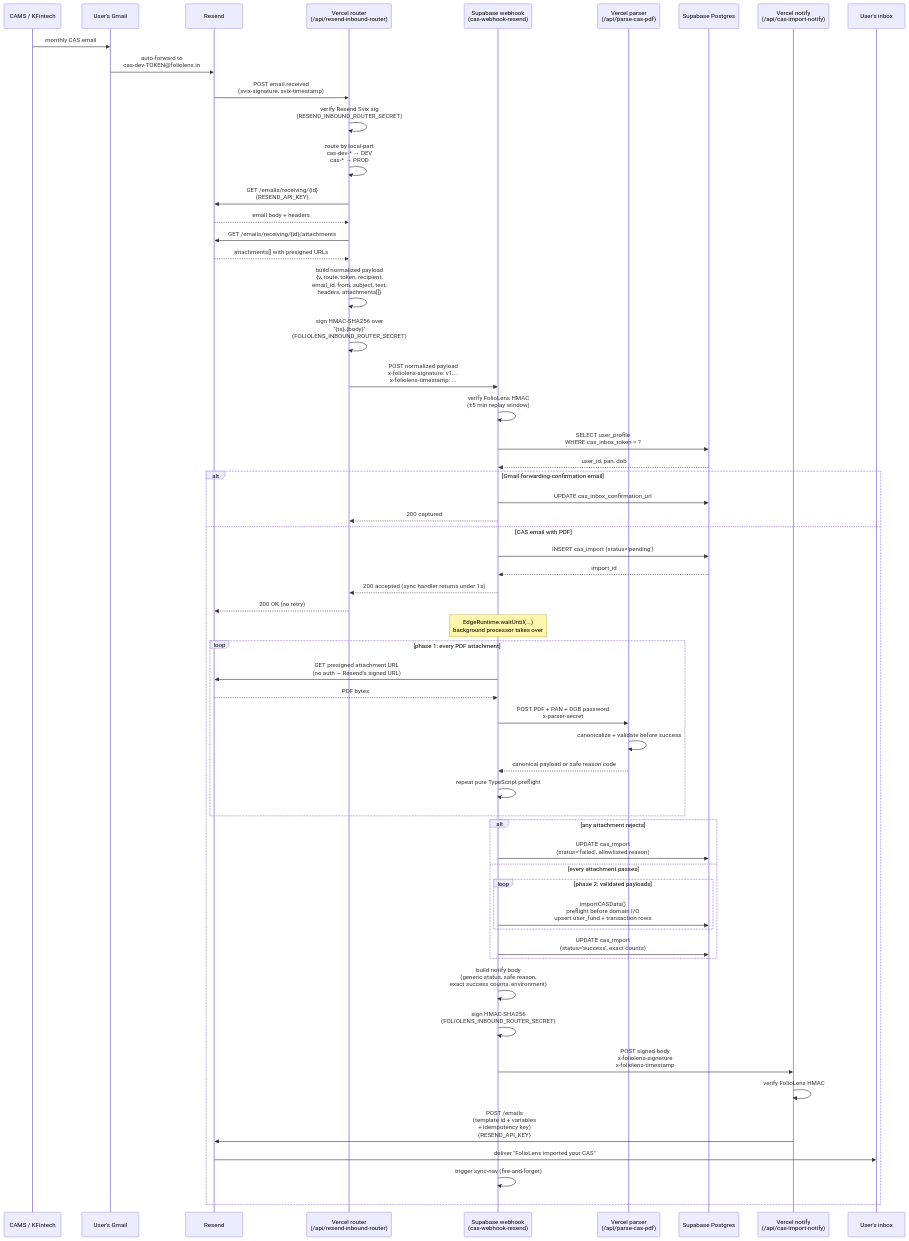
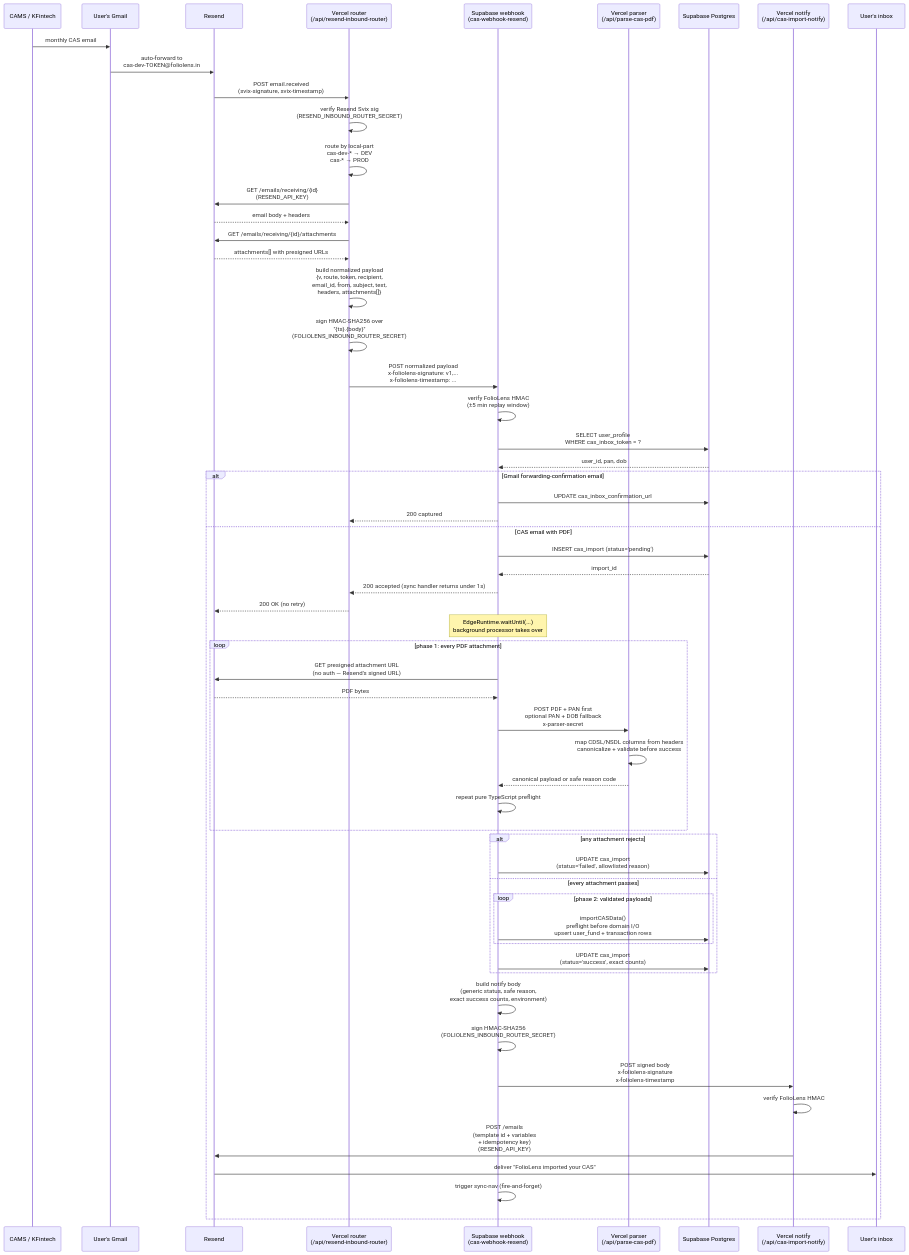
One commit to himanshu4141/FolioLens changed the second of 2 diagrams in docs/architecture/cas-inbound-flow.md. Above: the diagram before and after it, drawn with Mermaid. The commit also changed other lines of this file and 21 other files, not shown here.

````diff
--- a/docs/architecture/cas-inbound-flow.md
+++ b/docs/architecture/cas-inbound-flow.md
@@ -58,69 +58,69 @@
 ```mermaid
 sequenceDiagram
   participant CAMS as CAMS / KFintech
   participant GM as User's Gmail
   participant RS as Resend
   participant R as Vercel router<br/>(/api/resend-inbound-router)
   participant SB as Supabase webhook<br/>(cas-webhook-resend)
   participant P as Vercel parser<br/>(/api/parse-cas-pdf)
   participant DB as Supabase Postgres
   participant N as Vercel notify<br/>(/api/cas-import-notify)
   participant U as User's inbox
 
   CAMS->>GM: monthly CAS email
   GM->>RS: auto-forward to<br/>cas-dev-TOKEN@foliolens.in
   RS->>R: POST email.received<br/>(svix-signature, svix-timestamp)
   R->>R: verify Resend Svix sig<br/>(RESEND_INBOUND_ROUTER_SECRET)
   R->>R: route by local-part<br/>cas-dev-* → DEV<br/>cas-* → PROD
   R->>RS: GET /emails/receiving/{id}<br/>(RESEND_API_KEY)
   RS-->>R: email body + headers
   R->>RS: GET /emails/receiving/{id}/attachments
   RS-->>R: attachments[] with presigned URLs
 
   R->>R: build normalized payload<br/>{v, route, token, recipient,<br/> email_id, from, subject, text,<br/> headers, attachments[]}
   R->>R: sign HMAC-SHA256 over<br/>"{ts}.{body}"<br/>(FOLIOLENS_INBOUND_ROUTER_SECRET)
   R->>SB: POST normalized payload<br/>x-foliolens-signature: v1,...<br/>x-foliolens-timestamp: ...
 
   SB->>SB: verify FolioLens HMAC<br/>(±5 min replay window)
   SB->>DB: SELECT user_profile<br/>WHERE cas_inbox_token = ?
   DB-->>SB: user_id, pan, dob
 
   alt Gmail forwarding-confirmation email
     SB->>DB: UPDATE cas_inbox_confirmation_url
     SB-->>R: 200 captured
   else CAS email with PDF
     SB->>DB: INSERT cas_import (status='pending')
     DB-->>SB: import_id
     SB-->>R: 200 accepted (sync handler returns under 1s)
     R-->>RS: 200 OK (no retry)
 
     Note over SB: EdgeRuntime.waitUntil(...)<br/>background processor takes over
 
     loop phase 1: every PDF attachment
       SB->>RS: GET presigned attachment URL<br/>(no auth — Resend's signed URL)
       RS-->>SB: PDF bytes
-      SB->>P: POST PDF + PAN + DOB password<br/>x-parser-secret
-      P->>P: canonicalize + validate before success
+      SB->>P: POST PDF + PAN first<br/>optional PAN + DOB fallback<br/>x-parser-secret
+      P->>P: map CDSL/NSDL columns from headers<br/>canonicalize + validate before success
       P-->>SB: canonical payload or safe reason code
       SB->>SB: repeat pure TypeScript preflight
     end
 
     alt any attachment rejects
       SB->>DB: UPDATE cas_import<br/>(status='failed', allowlisted reason)
     else every attachment passes
       loop phase 2: validated payloads
         SB->>DB: importCASData()<br/>preflight before domain I/O<br/>upsert user_fund + transaction rows
       end
       SB->>DB: UPDATE cas_import<br/>(status='success', exact counts)
     end
 
     SB->>SB: build notify body<br/>(generic status, safe reason,<br/>exact success counts, environment)
     SB->>SB: sign HMAC-SHA256<br/>(FOLIOLENS_INBOUND_ROUTER_SECRET)
     SB->>N: POST signed body<br/>x-foliolens-signature<br/>x-foliolens-timestamp
     N->>N: verify FolioLens HMAC
     N->>RS: POST /emails<br/>(template id + variables<br/>+ idempotency key)<br/>(RESEND_API_KEY)
     RS->>U: deliver "FolioLens imported your CAS"
 
     SB->>SB: trigger sync-nav (fire-and-forget)
   end
 ```
````
